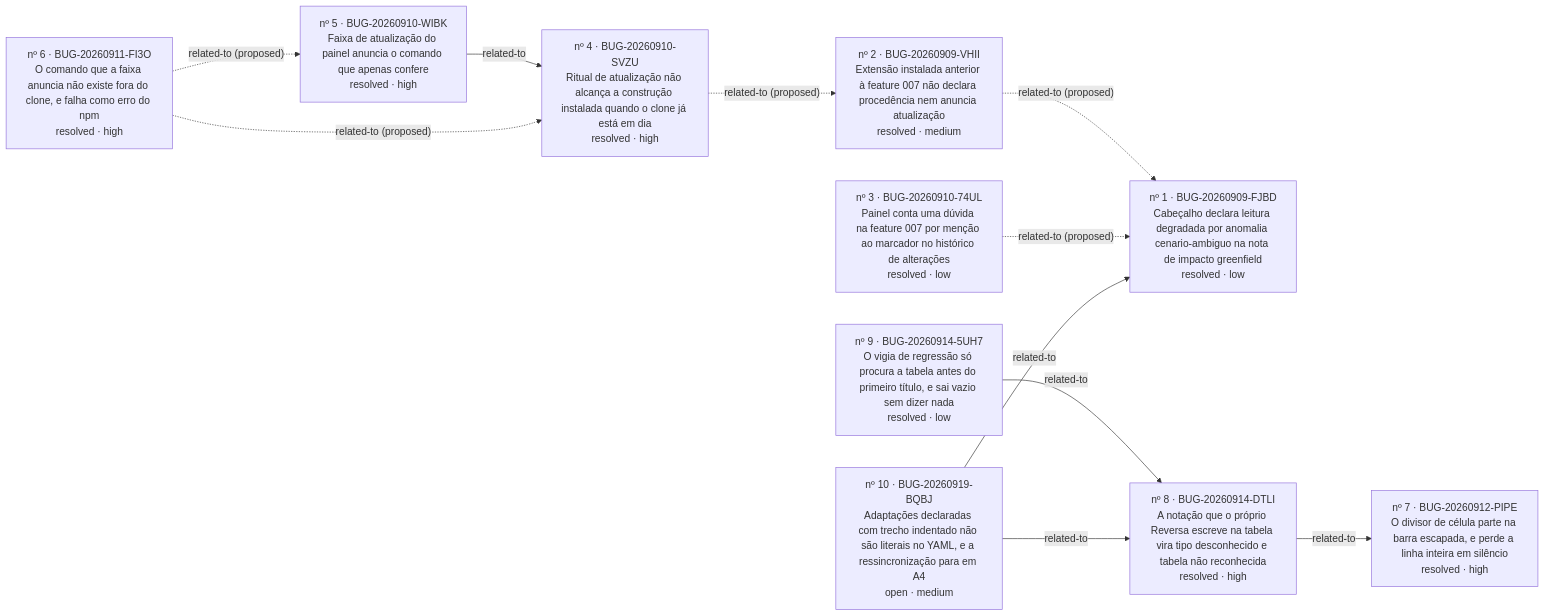
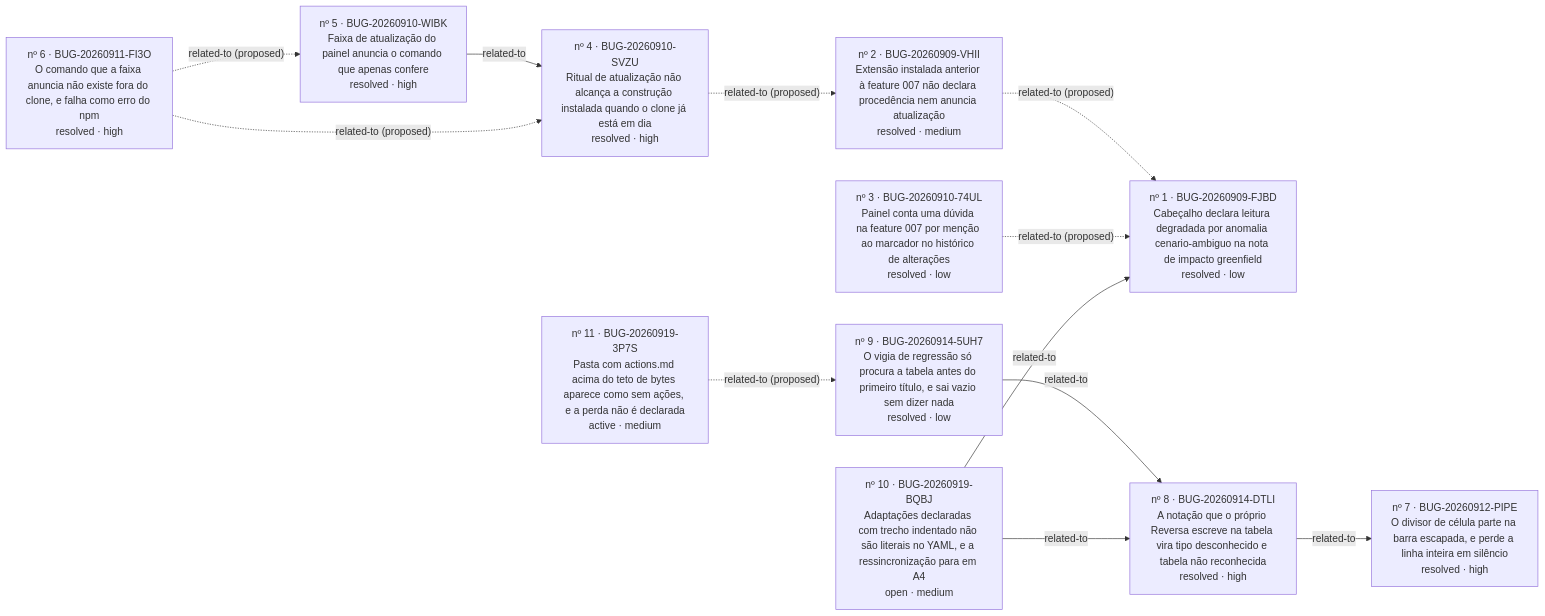
Before and after one commit to iago-leal/reversa-views: the diagram in _reversa_bugs/painel-do-processo/generated/graph.md, drawn with Mermaid. The commit also changed other lines of this file and 85 other files, not shown here.

````diff
--- a/_reversa_bugs/painel-do-processo/generated/graph.md
+++ b/_reversa_bugs/painel-do-processo/generated/graph.md
@@ -4,23 +4,25 @@
 ```mermaid
 graph LR
   BUG_20260909_FJBD["nº 1 · BUG-20260909-FJBD<br/>Cabeçalho declara leitura degradada por anomalia cenario-ambiguo na nota de impacto greenfield<br/>resolved · low"]
   BUG_20260909_VHII["nº 2 · BUG-20260909-VHII<br/>Extensão instalada anterior à feature 007 não declara procedência nem anuncia atualização<br/>resolved · medium"]
   BUG_20260910_74UL["nº 3 · BUG-20260910-74UL<br/>Painel conta uma dúvida na feature 007 por menção ao marcador no histórico de alterações<br/>resolved · low"]
   BUG_20260910_SVZU["nº 4 · BUG-20260910-SVZU<br/>Ritual de atualização não alcança a construção instalada quando o clone já está em dia<br/>resolved · high"]
   BUG_20260910_WIBK["nº 5 · BUG-20260910-WIBK<br/>Faixa de atualização do painel anuncia o comando que apenas confere<br/>resolved · high"]
   BUG_20260911_FI3O["nº 6 · BUG-20260911-FI3O<br/>O comando que a faixa anuncia não existe fora do clone, e falha como erro do npm<br/>resolved · high"]
   BUG_20260912_PIPE["nº 7 · BUG-20260912-PIPE<br/>O divisor de célula parte na barra escapada, e perde a linha inteira em silêncio<br/>resolved · high"]
   BUG_20260914_5UH7["nº 9 · BUG-20260914-5UH7<br/>O vigia de regressão só procura a tabela antes do primeiro título, e sai vazio sem dizer nada<br/>resolved · low"]
   BUG_20260914_DTLI["nº 8 · BUG-20260914-DTLI<br/>A notação que o próprio Reversa escreve na tabela vira tipo desconhecido e tabela não reconhecida<br/>resolved · high"]
+  BUG_20260919_3P7S["nº 11 · BUG-20260919-3P7S<br/>Pasta com actions.md acima do teto de bytes aparece como sem ações, e a perda não é declarada<br/>active · medium"]
   BUG_20260919_BQBJ["nº 10 · BUG-20260919-BQBJ<br/>Adaptações declaradas com trecho indentado não são literais no YAML, e a ressincronização para em A4<br/>open · medium"]
   BUG_20260909_VHII -. related-to (proposed) .-> BUG_20260909_FJBD
   BUG_20260910_74UL -. related-to (proposed) .-> BUG_20260909_FJBD
   BUG_20260910_SVZU -. related-to (proposed) .-> BUG_20260909_VHII
   BUG_20260910_WIBK -- related-to --> BUG_20260910_SVZU
   BUG_20260911_FI3O -. related-to (proposed) .-> BUG_20260910_WIBK
   BUG_20260911_FI3O -. related-to (proposed) .-> BUG_20260910_SVZU
   BUG_20260914_5UH7 -- related-to --> BUG_20260914_DTLI
   BUG_20260914_DTLI -- related-to --> BUG_20260912_PIPE
+  BUG_20260919_3P7S -. related-to (proposed) .-> BUG_20260914_5UH7
   BUG_20260919_BQBJ -- related-to --> BUG_20260909_FJBD
   BUG_20260919_BQBJ -- related-to --> BUG_20260914_DTLI
 ```
````
